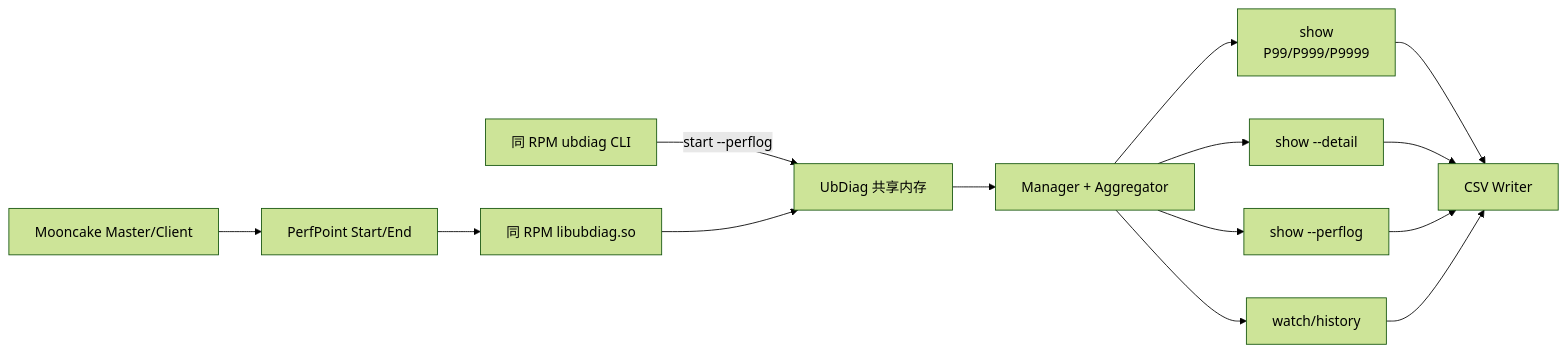
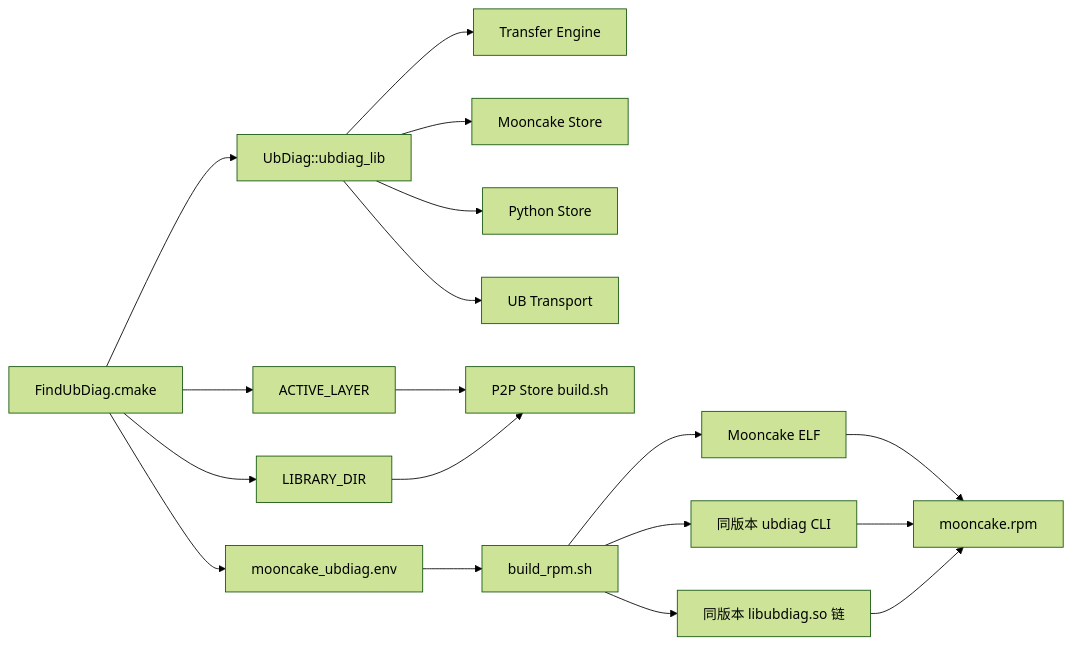
The third of 3 diagrams in docs/mooncake_ubdiag_two_layer_technical_delivery.md (qinyufei63/Mooncake), drawn with Mermaid (forest theme) before and after one commit. The commit also changed other lines of this file and 2 other files, not shown here.

````diff
--- a/docs/mooncake_ubdiag_two_layer_technical_delivery.md
+++ b/docs/mooncake_ubdiag_two_layer_technical_delivery.md
@@ -313,16 +77,21 @@
 ```mermaid
 flowchart LR
-    CLI["同 RPM ubdiag CLI"] -->|start --perflog| SHM["UbDiag 共享内存"]
-    App["Mooncake Master/Client"] --> Point["PerfPoint Start/End"]
-    Point --> SDK["同 RPM libubdiag.so"]
-    SDK --> SHM
-    SHM --> Manager["Manager + Aggregator"]
-    Manager --> Summary["show<br/>P99/P999/P9999"]
-    Manager --> Detail["show --detail"]
-    Manager --> PerfLog["show --perflog"]
-    Manager --> Watch["watch/history"]
-    Summary --> CSV["CSV Writer"]
-    Detail --> CSV
-    PerfLog --> CSV
-    Watch --> CSV
+    Find["FindUbDiag.cmake"] --> Target["UbDiag::ubdiag_lib"]
+    Target --> TE["Transfer Engine"]
+    Target --> Store["Mooncake Store"]
+    Target --> Python["Python Store"]
+    Target --> UB["UB Transport"]
+    Find --> Layer["ACTIVE_LAYER"]
+    Find --> LibDir["LIBRARY_DIR"]
+    Layer --> P2P["P2P Store build.sh"]
+    LibDir --> P2P
+
+    Find --> Manifest["mooncake_ubdiag.env"]
+    Manifest --> RPM["build_rpm.sh"]
+    RPM --> MooncakeELF["Mooncake ELF"]
+    RPM --> CLI["同版本 ubdiag CLI"]
+    RPM --> SO["同版本 libubdiag.so 链"]
+    MooncakeELF --> Package["mooncake.rpm"]
+    CLI --> Package
+    SO --> Package
 ```
````
